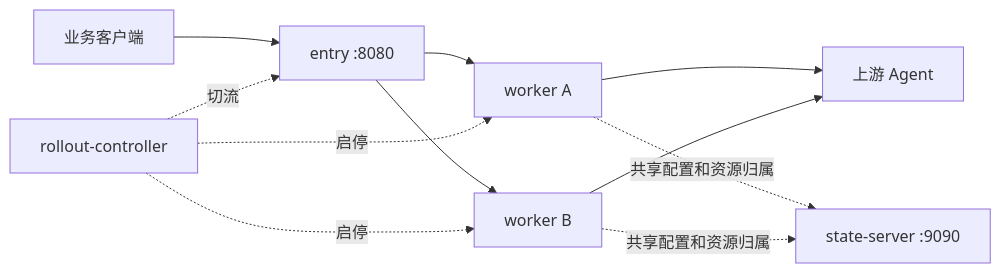
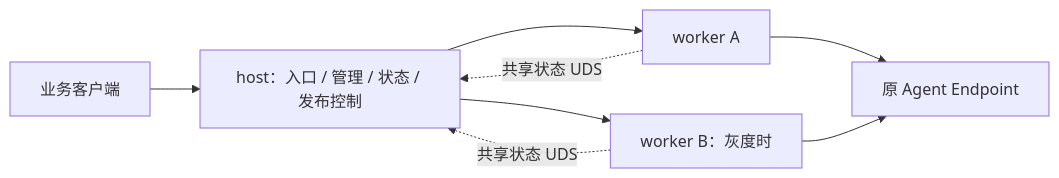
One commit to tf1997/aiagent-gateway changed the diagram in docs/DEPLOYMENT_LIFECYCLE.md. Above: the diagram before and after it, drawn with Mermaid. The commit also changed other lines of this file and 37 other files, not shown here.

````diff
--- a/docs/DEPLOYMENT_LIFECYCLE.md
+++ b/docs/DEPLOYMENT_LIFECYCLE.md
@@ -41,13 +24,10 @@
 ```mermaid
 flowchart LR
-    Client[业务客户端] --> Entry[entry :8080]
-    Entry --> A[worker A]
-    Entry --> B[worker B]
-    A --> Agent[上游 Agent]
+    Client[业务客户端] --> Host[host：入口 / 管理 / 状态 / 发布控制]
+    Host --> A[worker A]
+    Host --> B[worker B：灰度时]
+    A --> Agent[原 Agent Endpoint]
     B --> Agent
-    A -. 共享配置和资源归属 .-> State[state-server :9090]
-    B -. 共享配置和资源归属 .-> State
-    Controller[rollout-controller] -. 切流 .-> Entry
-    Controller -. 启停 .-> A
-    Controller -. 启停 .-> B
+    A -. 共享状态 UDS .-> Host
+    B -. 共享状态 UDS .-> Host
 ```
````
